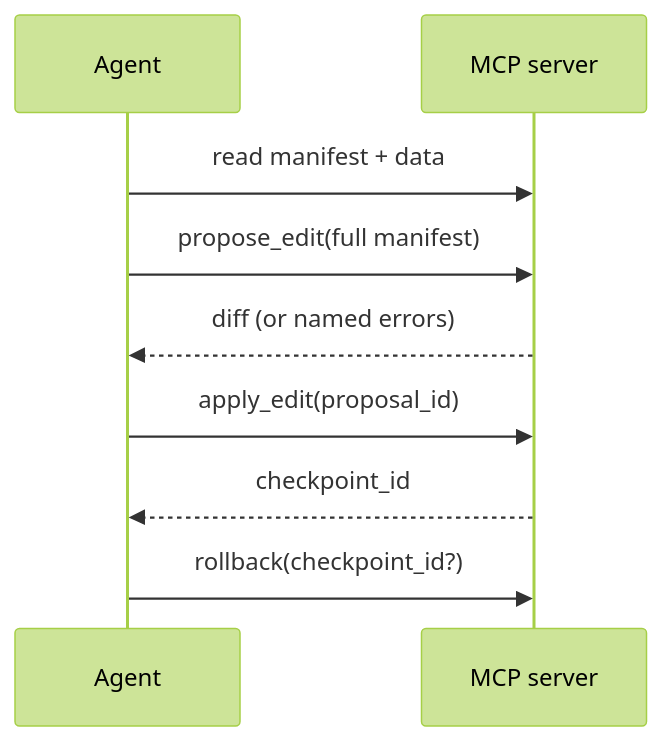
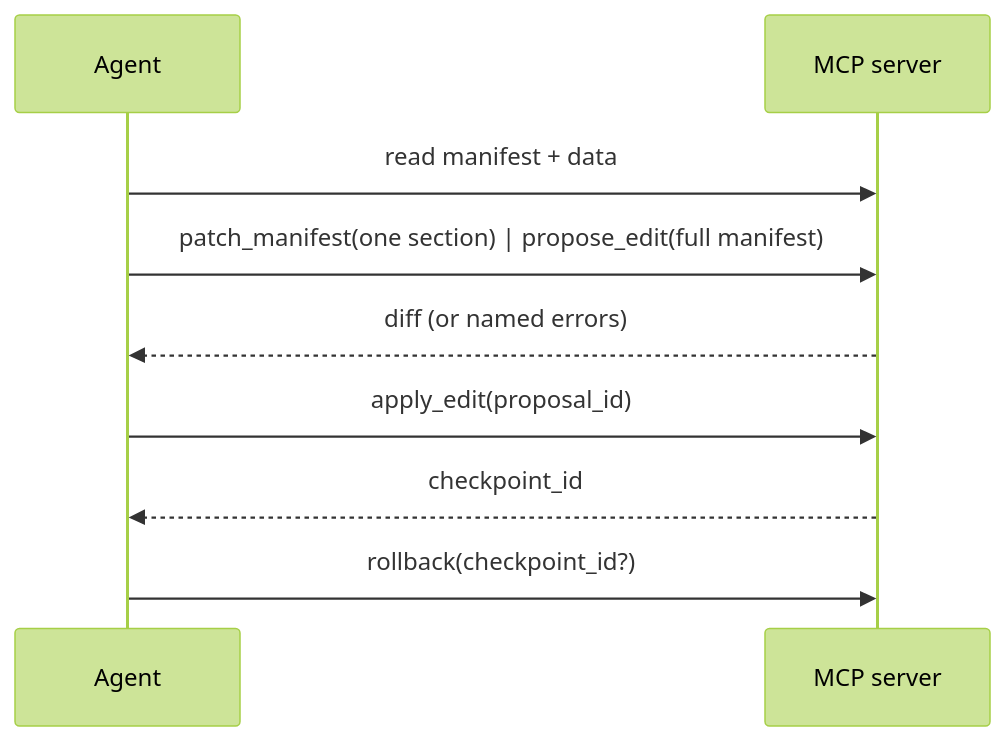
One commit to lukaisailovic/openislands changed the diagram in apps/docs/src/pages/mcp.mdx. Above: the diagram before and after it, drawn with Mermaid (forest theme). The commit also changed other lines of this file and 37 other files, not shown here.

````diff
--- a/apps/docs/src/pages/mcp.mdx
+++ b/apps/docs/src/pages/mcp.mdx
@@ -14,11 +14,11 @@
 ```mermaid
 sequenceDiagram
   participant A as Agent
   participant S as MCP server
   A->>S: read manifest + data
-  A->>S: propose_edit(full manifest)
+  A->>S: patch_manifest(one section) | propose_edit(full manifest)
   S-->>A: diff (or named errors)
   A->>S: apply_edit(proposal_id)
   S-->>A: checkpoint_id
   A->>S: rollback(checkpoint_id?)
 ```
````
